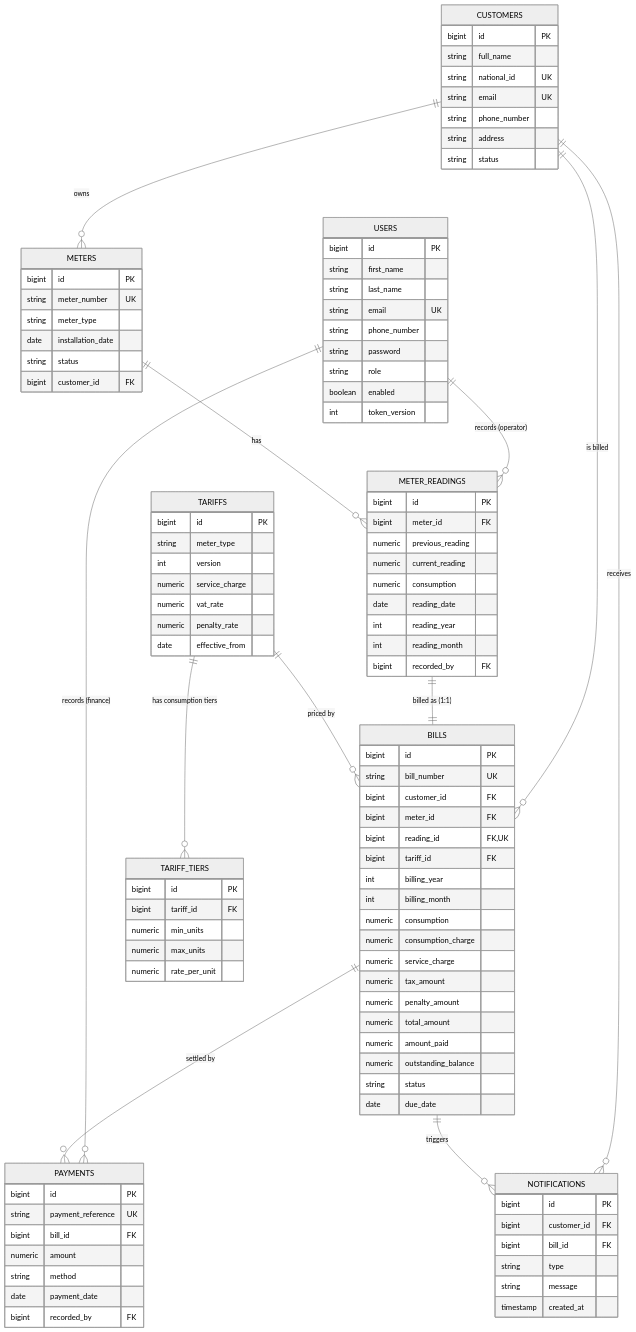
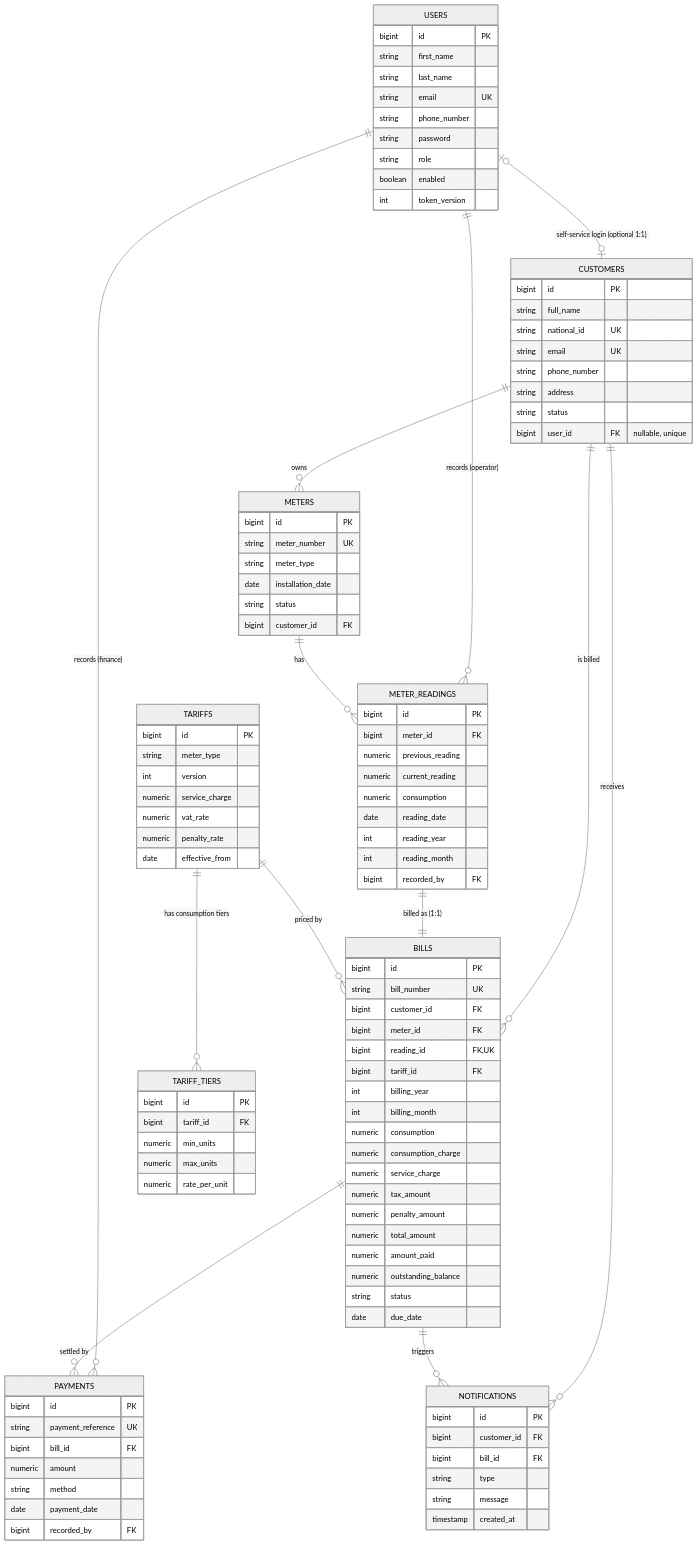
The first of 3 diagrams in README.md (Irere123/java-ne-exam), drawn with Mermaid (neutral theme) before and after one commit. The commit also changed other lines of this file and 48 other files, not shown here.

First line of the commit message:
Link customers to optional self-service accounts

```diff
--- a/README.md
+++ b/README.md
@@ -52,6 +52,7 @@
 erDiagram
     USERS ||--o{ METER_READINGS : "records (operator)"
     USERS ||--o{ PAYMENTS : "records (finance)"
+    USERS |o--o| CUSTOMERS : "self-service login (optional 1:1)"
 
     CUSTOMERS ||--o{ METERS : owns
     CUSTOMERS ||--o{ BILLS : "is billed"
@@ -85,6 +86,7 @@
         string phone_number
         string address
         string status
+        bigint user_id FK "nullable, unique"
     }
     METERS {
         bigint id PK
```
